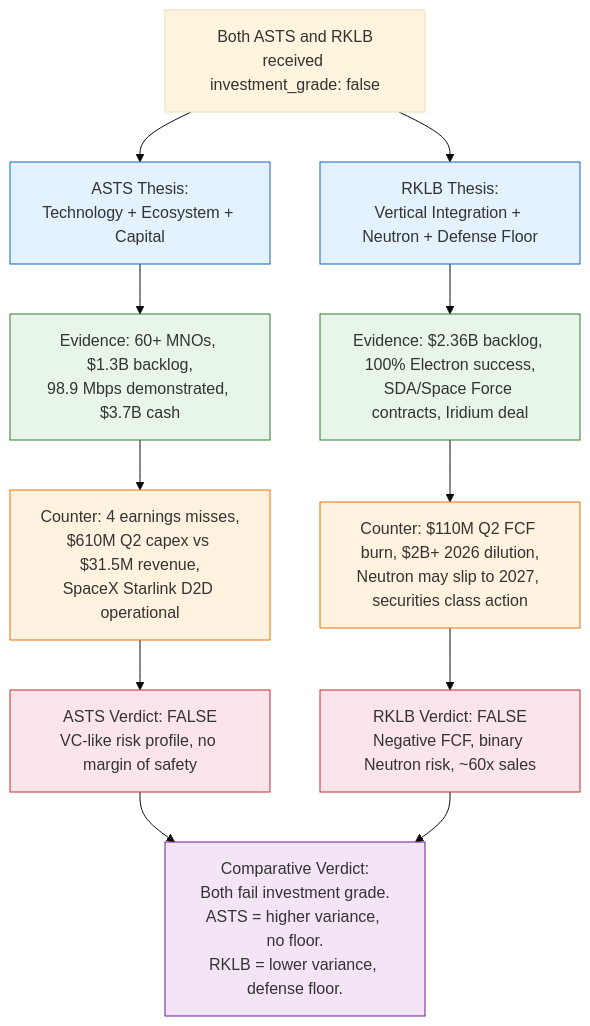
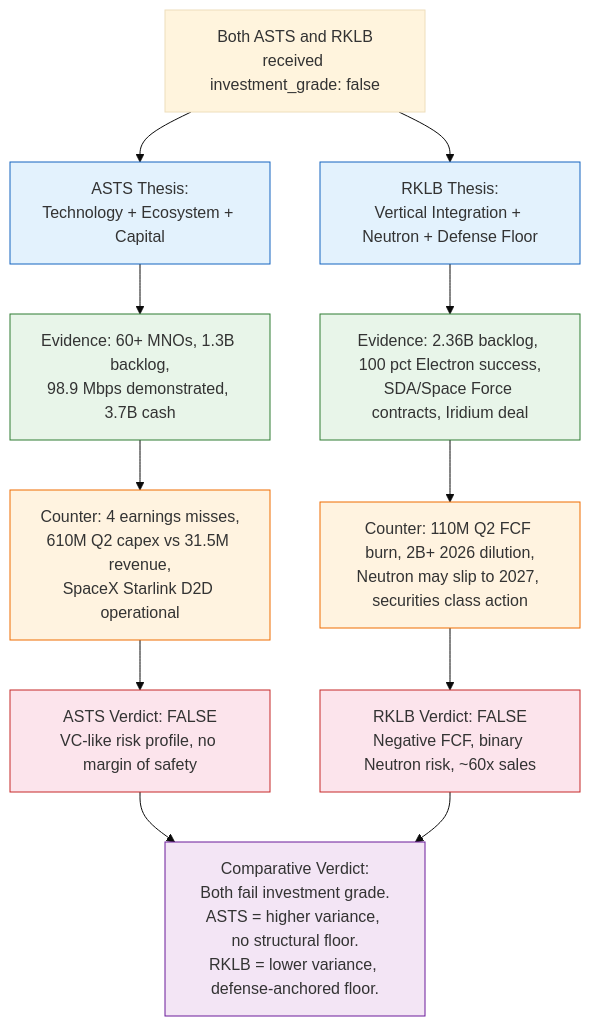
The fourth of 5 diagrams in tasks/research/asts-rklb/comparative-report.md (mdz-axo/zed-kask), drawn with Mermaid (base theme) before and after one commit. The commit also changed other lines of this file and 28 other files, not shown here.

````diff
--- a/tasks/research/asts-rklb/comparative-report.md
+++ b/tasks/research/asts-rklb/comparative-report.md
@@ -338,40 +358,40 @@
 ```mermaid
 %% DIAGRAM_ALIGNMENT: evidence → verdict
 graph TD
     START["Both ASTS and RKLB<br/>received investment_grade: false"]
 
     ASTS_THESIS["ASTS Thesis:<br/>Technology + Ecosystem + Capital"]
-    ASTS_EVIDENCE["Evidence: 60+ MNOs, $1.3B backlog,<br/>98.9 Mbps demonstrated, $3.7B cash"]
-    ASTS_COUNTER["Counter: 4 earnings misses,<br/>$610M Q2 capex vs $31.5M revenue,<br/>SpaceX Starlink D2D operational"]
+    ASTS_EVIDENCE["Evidence: 60+ MNOs, 1.3B backlog,<br/>98.9 Mbps demonstrated, 3.7B cash"]
+    ASTS_COUNTER["Counter: 4 earnings misses,<br/>610M Q2 capex vs 31.5M revenue,<br/>SpaceX Starlink D2D operational"]
     ASTS_VERDICT["ASTS Verdict: FALSE<br/>VC-like risk profile, no margin of safety"]
 
     RKLB_THESIS["RKLB Thesis:<br/>Vertical Integration + Neutron + Defense Floor"]
-    RKLB_EVIDENCE["Evidence: $2.36B backlog, 100% Electron success,<br/>SDA/Space Force contracts, Iridium deal"]
-    RKLB_COUNTER["Counter: $110M Q2 FCF burn, $2B+ 2026 dilution,<br/>Neutron may slip to 2027, securities class action"]
+    RKLB_EVIDENCE["Evidence: 2.36B backlog, 100 pct Electron success,<br/>SDA/Space Force contracts, Iridium deal"]
+    RKLB_COUNTER["Counter: 110M Q2 FCF burn, 2B+ 2026 dilution,<br/>Neutron may slip to 2027, securities class action"]
     RKLB_VERDICT["RKLB Verdict: FALSE<br/>Negative FCF, binary Neutron risk, ~60x sales"]
 
-    COMPARATIVE["Comparative Verdict:<br/>Both fail investment grade.<br/>ASTS = higher variance, no floor.<br/>RKLB = lower variance, defense floor."]
+    COMPARATIVE["Comparative Verdict:<br/>Both fail investment grade.<br/>ASTS = higher variance, no structural floor.<br/>RKLB = lower variance, defense-anchored floor."]
 
     START --> ASTS_THESIS
     START --> RKLB_THESIS
     ASTS_THESIS --> ASTS_EVIDENCE
     ASTS_EVIDENCE --> ASTS_COUNTER
     ASTS_COUNTER --> ASTS_VERDICT
     RKLB_THESIS --> RKLB_EVIDENCE
     RKLB_EVIDENCE --> RKLB_COUNTER
     RKLB_COUNTER --> RKLB_VERDICT
     ASTS_VERDICT --> COMPARATIVE
     RKLB_VERDICT --> COMPARATIVE
 
     classDef thesis fill:#e3f2fd,stroke:#1565c0
     classDef evidence fill:#e8f5e9,stroke:#2e7d32
     classDef counter fill:#fff3e0,stroke:#ef6c00
     classDef verdict fill:#fce4ec,stroke:#c62828
     classDef comparative fill:#f3e5f5,stroke:#6a1b9a
 
     class ASTS_THESIS,RKLB_THESIS thesis
     class ASTS_EVIDENCE,RKLB_EVIDENCE evidence
     class ASTS_COUNTER,RKLB_COUNTER counter
     class ASTS_VERDICT,RKLB_VERDICT verdict
     class COMPARATIVE comparative
 ```
````
